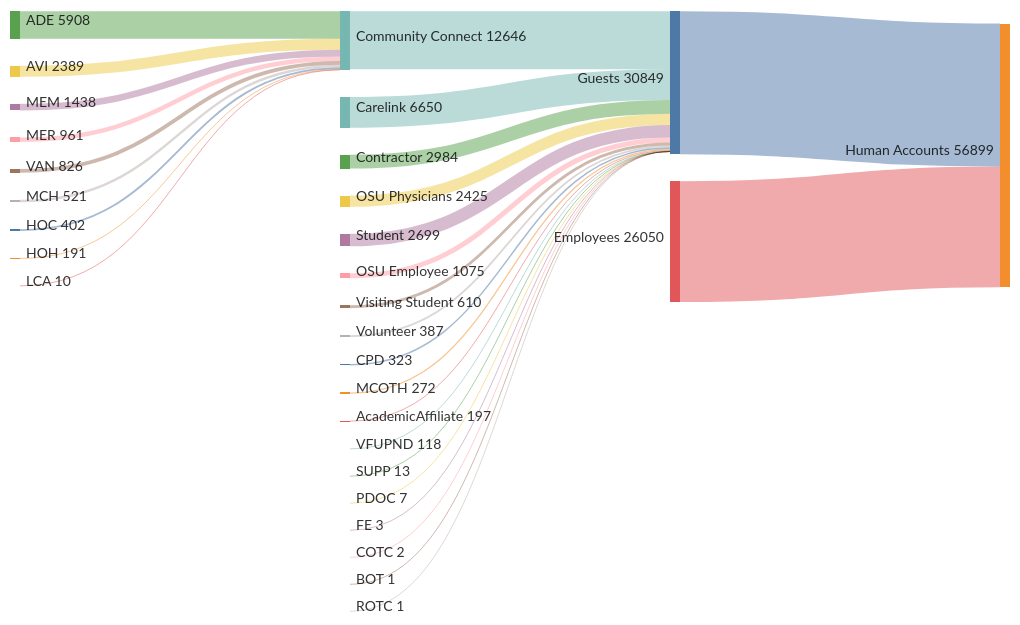
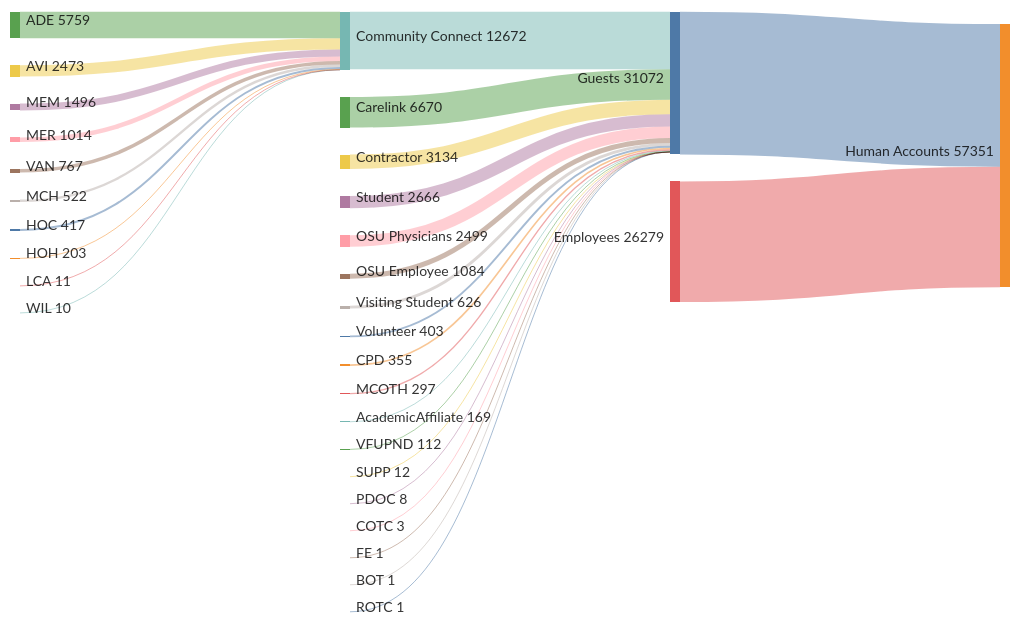
One commit to stahler/MermaidDiagrams changed the diagram in Users.md. Above: the diagram before and after it, drawn with Mermaid.

````diff
--- a/Users.md
+++ b/Users.md
@@ -1,43 +1,44 @@
 ```mermaid
 ---
 config:
   sankey:
     showValues: true
     linkColor: source 
     nodeAlignment: right
     width: 1000
     height: 600
 ---
 sankey-beta
-Guests,             Human Accounts,     30849
-Employees,          Human Accounts,     26050
-Community Connect,  Guests,             12482
+Guests,             Human Accounts,     31072
+Employees,          Human Accounts,     26279
+Community Connect,  Guests,             12511
 
-ADE,                Community Connect,  5908
-AVI,                Community Connect,  2389
-MEM,                Community Connect,  1438
-MER,                Community Connect,  961
-VAN,                Community Connect,  826
-MCH,                Community Connect,  521
-HOC,                Community Connect,  402
-HOH,                Community Connect,  191
-LCA,                Community Connect,  10
+ADE,                Community Connect,  5759
+AVI,                Community Connect,  2473
+MEM,                Community Connect,  1496
+MER,                Community Connect,  1014
+VAN,                Community Connect,  767
+MCH,                Community Connect,  522
+HOC,                Community Connect,  417
+HOH,                Community Connect,  203
+LCA,                Community Connect,  11
+WIL,                Community Connect,  10
 
-Carelink,           Guests,             6650
-Contractor,         Guests,             2984
-OSU Physicians,     Guests,             2425
-Student,            Guests,             2699 
-OSU Employee,       Guests,             1075 
-Visiting Student,   Guests,             610 
-Volunteer,          Guests,             387 
-CPD,                Guests,             323
-MCOTH,              Guests,             272
-AcademicAffiliate,  Guests,             197
-VFUPND,             Guests,             118
-SUPP,               Guests,             13
-PDOC,               Guests,             7
-FE,                 Guests,             3
-COTC,               Guests,             2
+Carelink,           Guests,             6670
+Contractor,         Guests,             3134
+Student,            Guests,             2666 
+OSU Physicians,     Guests,             2499
+OSU Employee,       Guests,             1084 
+Visiting Student,   Guests,             626 
+Volunteer,          Guests,             403 
+CPD,                Guests,             355
+MCOTH,              Guests,             297
+AcademicAffiliate,  Guests,             169
+VFUPND,             Guests,             112
+SUPP,               Guests,             12
+PDOC,               Guests,             8
+COTC,               Guests,             3
+FE,                 Guests,             1
 BOT,                Guests,             1
 ROTC,               Guests,             1
  ```
````
